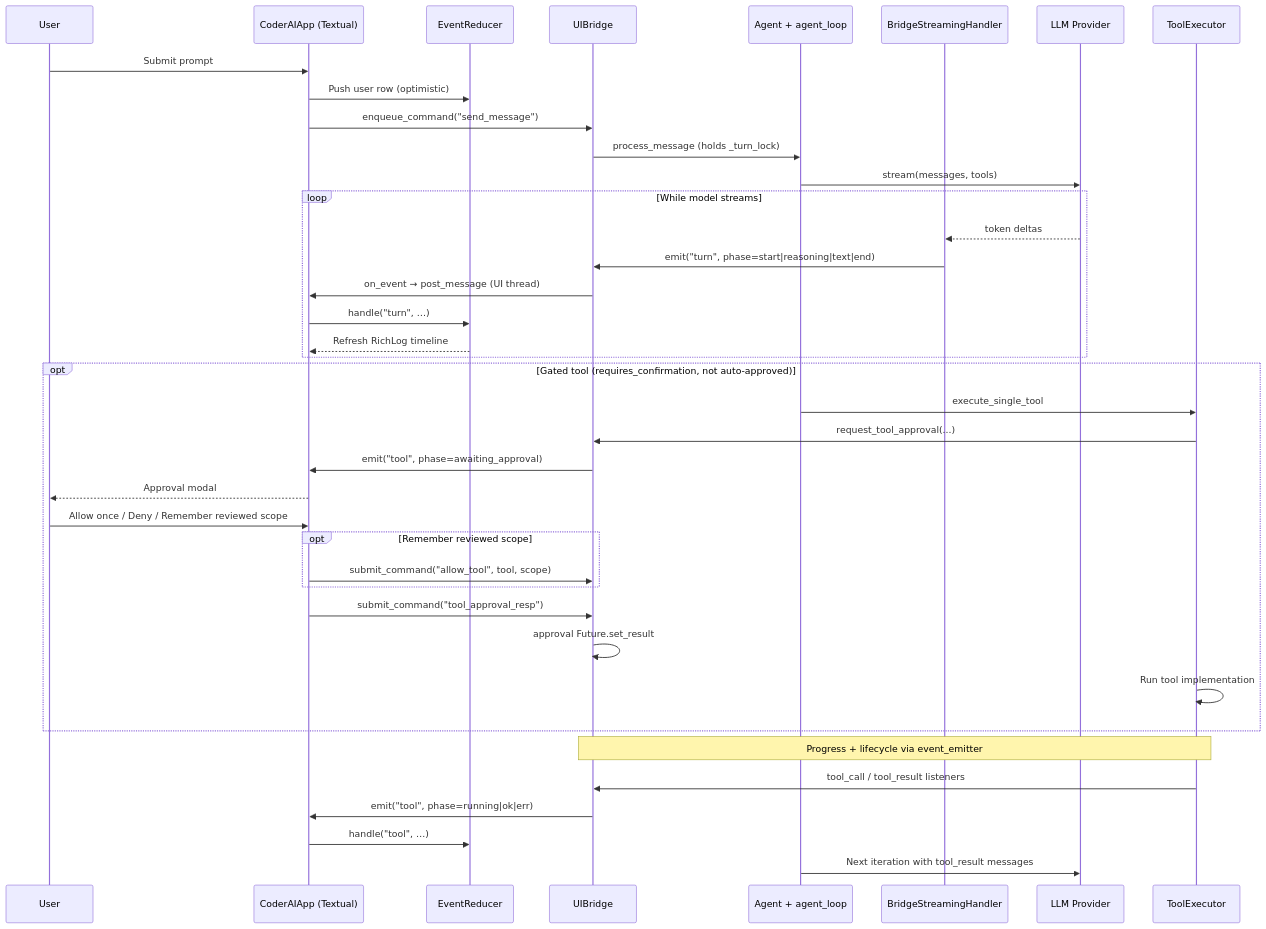
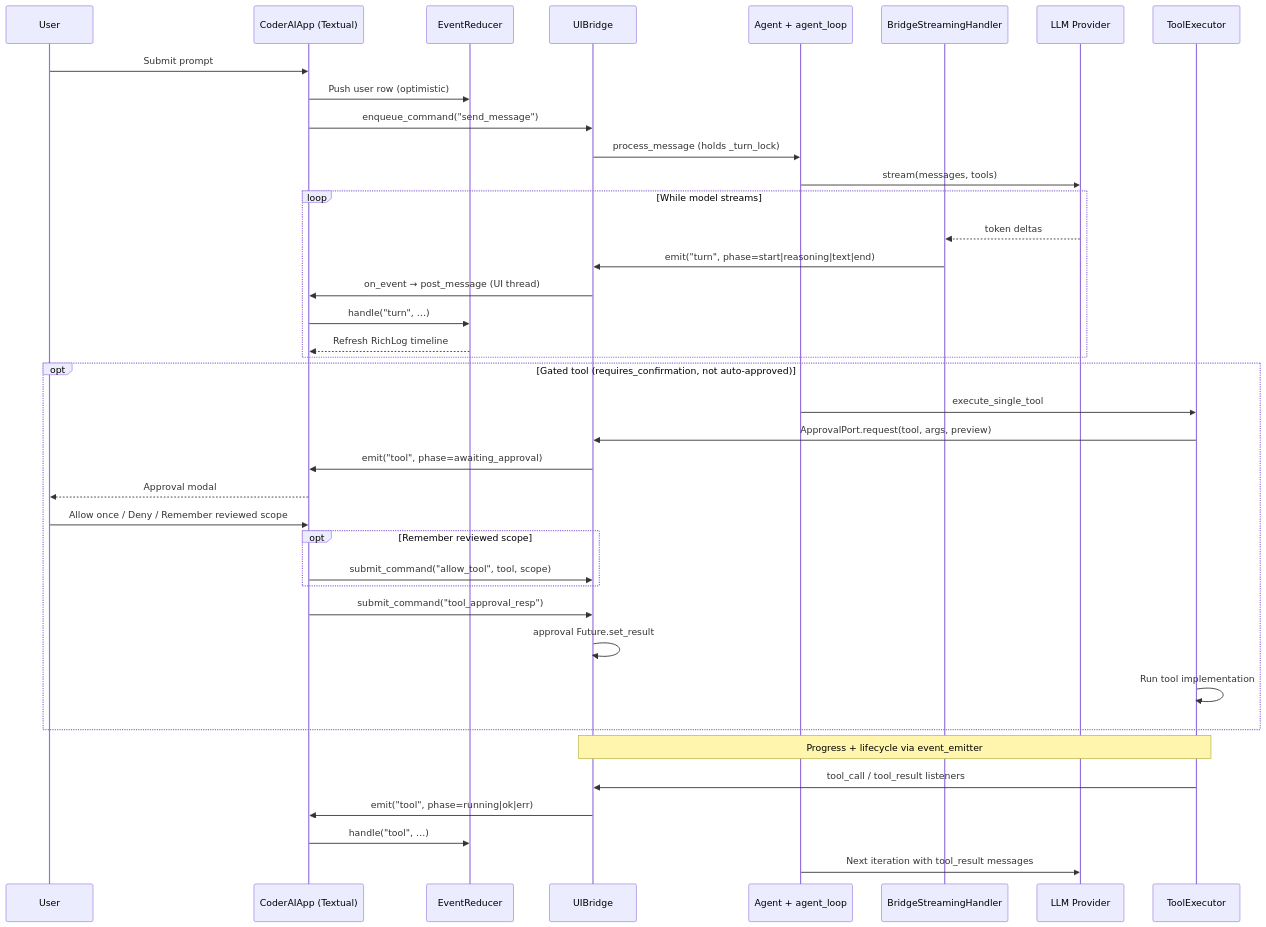
One commit to adityaanilraut/CoderAI changed the diagram in docs/ARCHITECTURE.md. Above: the diagram before and after it, drawn with Mermaid. The commit also changed other lines of this file and 118 other files, not shown here.

````diff
--- a/docs/ARCHITECTURE.md
+++ b/docs/ARCHITECTURE.md
@@ -133,46 +133,46 @@
 ```mermaid
 sequenceDiagram
     participant User
     participant TUI as CoderAIApp (Textual)
     participant Reducer as EventReducer
     participant IPC as UIBridge
     participant Agent as Agent + agent_loop
     participant Stream as BridgeStreamingHandler
     participant LLM as LLM Provider
     participant Exec as ToolExecutor
 
     User->>TUI: Submit prompt
     TUI->>Reducer: Push user row (optimistic)
     TUI->>IPC: enqueue_command("send_message")
     IPC->>Agent: process_message (holds _turn_lock)
     Agent->>LLM: stream(messages, tools)
 
     loop While model streams
         LLM-->>Stream: token deltas
         Stream->>IPC: emit("turn", phase=start|reasoning|text|end)
         IPC->>TUI: on_event → post_message (UI thread)
         TUI->>Reducer: handle("turn", …)
         Reducer-->>TUI: Refresh RichLog timeline
     end
 
     opt Gated tool (requires_confirmation, not auto-approved)
         Agent->>Exec: execute_single_tool
-        Exec->>IPC: request_tool_approval(...)
+        Exec->>IPC: ApprovalPort.request(tool, args, preview)
         IPC->>TUI: emit("tool", phase=awaiting_approval)
         TUI-->>User: Approval modal
         User->>TUI: Allow once / Deny / Remember reviewed scope
         opt Remember reviewed scope
             TUI->>IPC: submit_command("allow_tool", tool, scope)
         end
         TUI->>IPC: submit_command("tool_approval_resp")
         IPC->>IPC: approval Future.set_result
         Exec->>Exec: Run tool implementation
     end
 
     Note over Exec,IPC: Progress + lifecycle via event_emitter
     Exec->>IPC: tool_call / tool_result listeners
     IPC->>TUI: emit("tool", phase=running|ok|err)
     TUI->>Reducer: handle("tool", …)
 
     Agent->>LLM: Next iteration with tool_result messages
 ```
````
